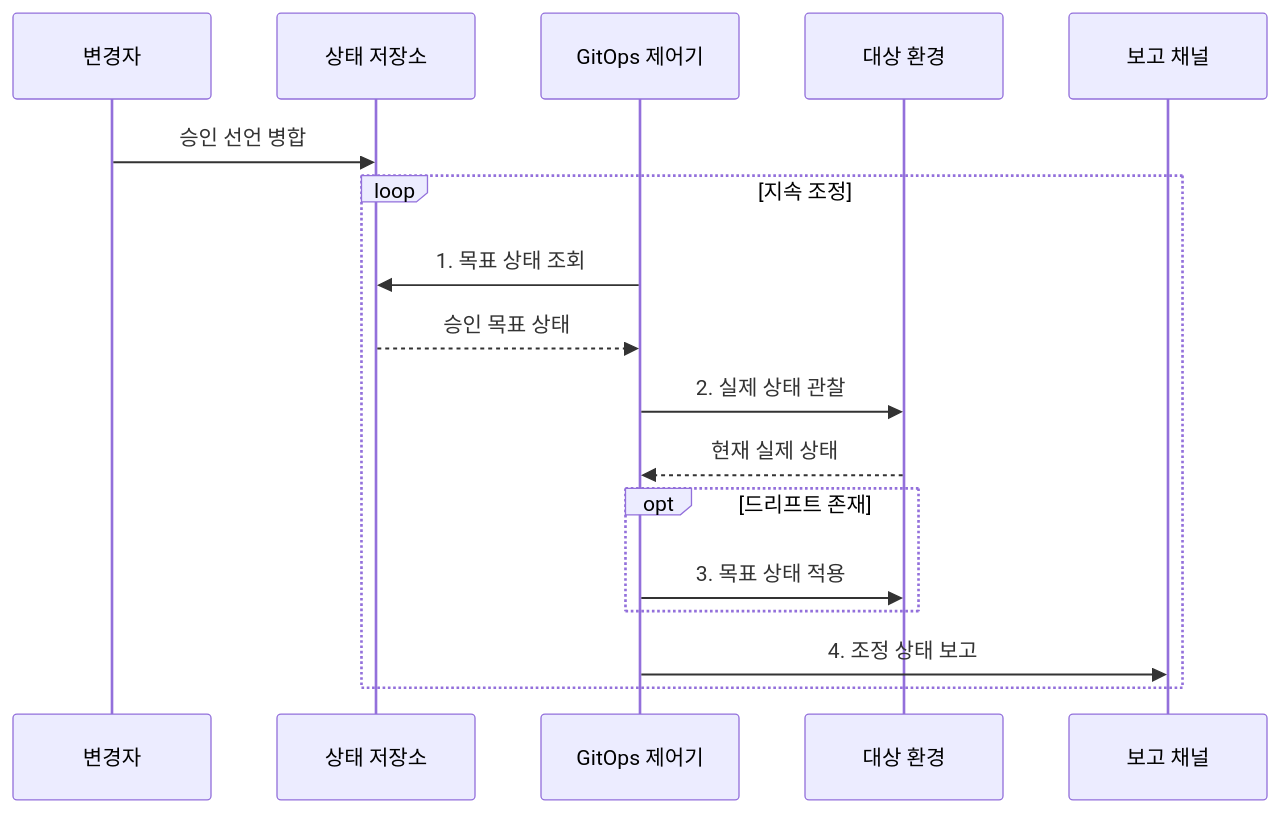
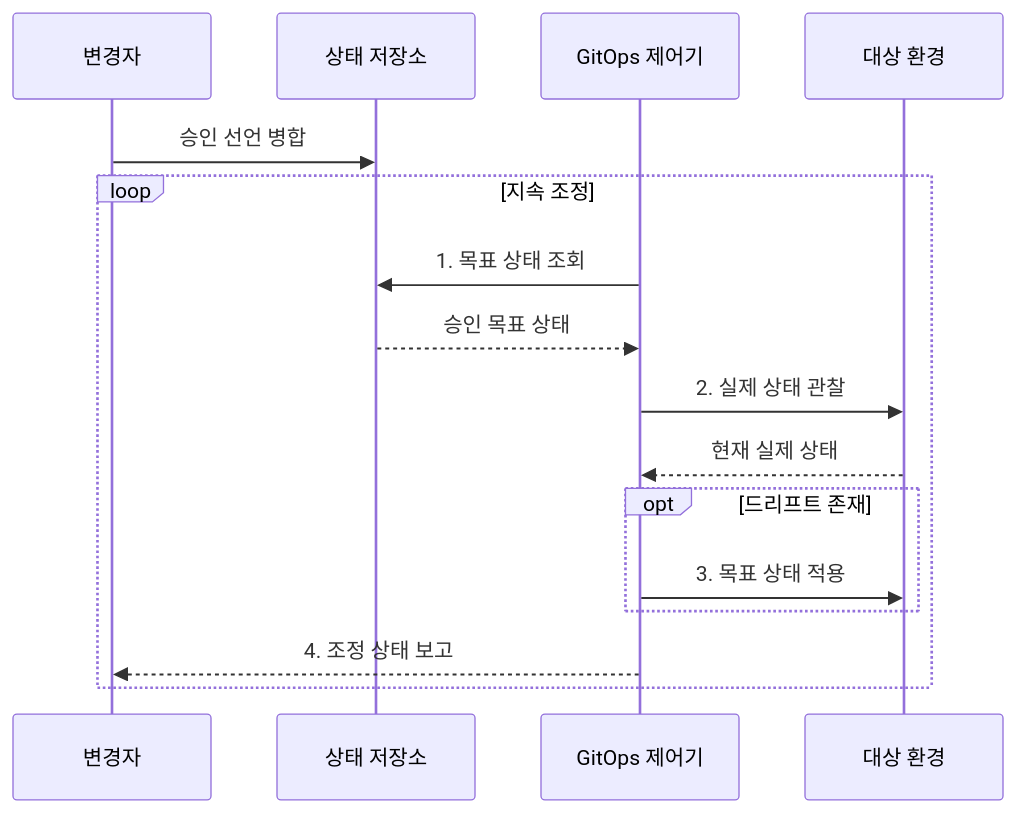
Before and after one commit to agnusdei1207/knowledge-base: the second of 2 diagrams in src/content/docs/notes/03-software/055_gitops.md, drawn with Mermaid. The commit also changed 7 other files, not shown here.

Commit message:
Reduce software delivery diagram actors

````diff
--- a/src/content/docs/notes/03-software/055_gitops.md
+++ b/src/content/docs/notes/03-software/055_gitops.md
@@ -102,19 +102,18 @@
 ```mermaid
 sequenceDiagram
     participant U as 변경자
     participant R as 상태 저장소
     participant C as GitOps 제어기
     participant E as 대상 환경
-    participant N as 보고 채널
     U->>R: 승인 선언 병합
     loop 지속 조정
         C->>R: 1. 목표 상태 조회
         R-->>C: 승인 목표 상태
         C->>E: 2. 실제 상태 관찰
         E-->>C: 현재 실제 상태
         opt 드리프트 존재
             C->>E: 3. 목표 상태 적용
         end
-        C->>N: 4. 조정 상태 보고
+        C-->>U: 4. 조정 상태 보고
     end
 ```
````
